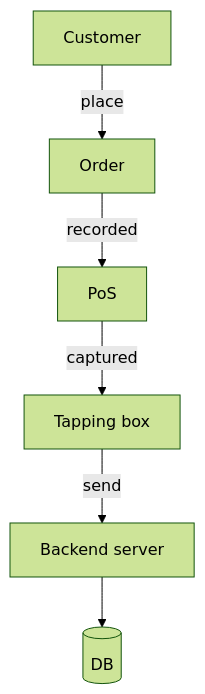
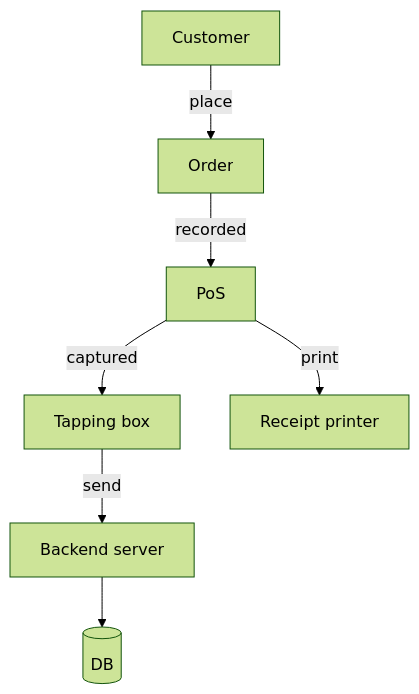
Before and after one commit to ekalaya2015/monitax-cli: the diagram in docs/index.md, drawn with Mermaid (forest theme).

Commit message:
refine diagram

````diff
--- a/docs/index.md
+++ b/docs/index.md
@@ -12,8 +12,9 @@
 ``` mermaid
 graph TD
   A[Customer] --> |place| B[Order];
   B --> |recorded| C[PoS];
-  C --> |captured| D[Tapping box];
-  D --> |send| E[Backend server];
-  E --> F[(DB)]
+  C --> |captured| D[Tapping box] 
+  C --> |print| E[Receipt printer]
+  D --> |send| F[Backend server];
+  F --> G[(DB)]
 ```
````
